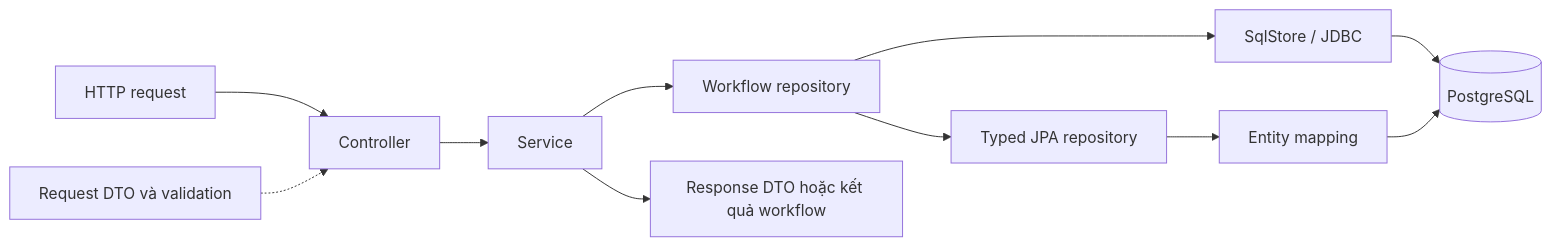
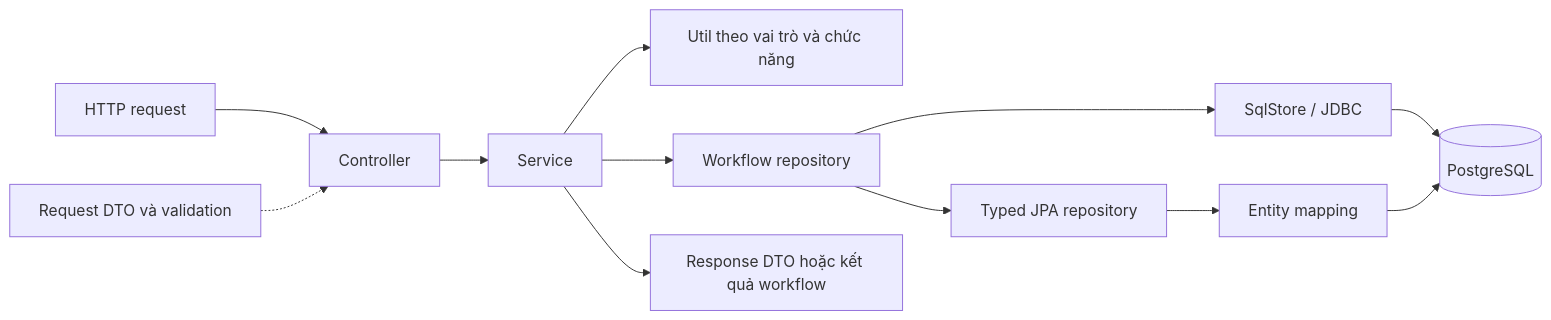
One commit to Quangtr04/Intelligent-CV-Matching-AI-Agent-BE changed the diagram in docs/architecture.md. Above: the diagram before and after it, drawn with Mermaid. The commit also changed other lines of this file and 196 other files, not shown here.

````diff
--- a/docs/architecture.md
+++ b/docs/architecture.md
@@ -60,13 +96,14 @@
 ```mermaid
 flowchart LR
     HTTP[HTTP request] --> C[Controller]
     D[Request DTO và validation] -.-> C
     C --> S[Service]
+    S --> U[Util theo vai trò và chức năng]
     S --> W[Workflow repository]
     W --> J[SqlStore / JDBC]
     W --> R[Typed JPA repository]
     R --> E[Entity mapping]
     J --> DB[(PostgreSQL)]
     E --> DB
     S --> O[Response DTO hoặc kết quả workflow]
 ```
````
